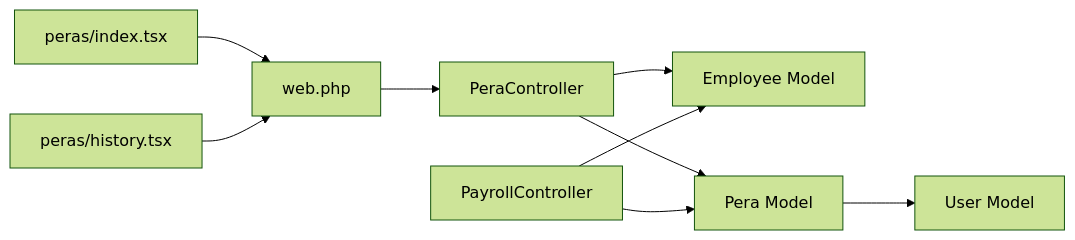
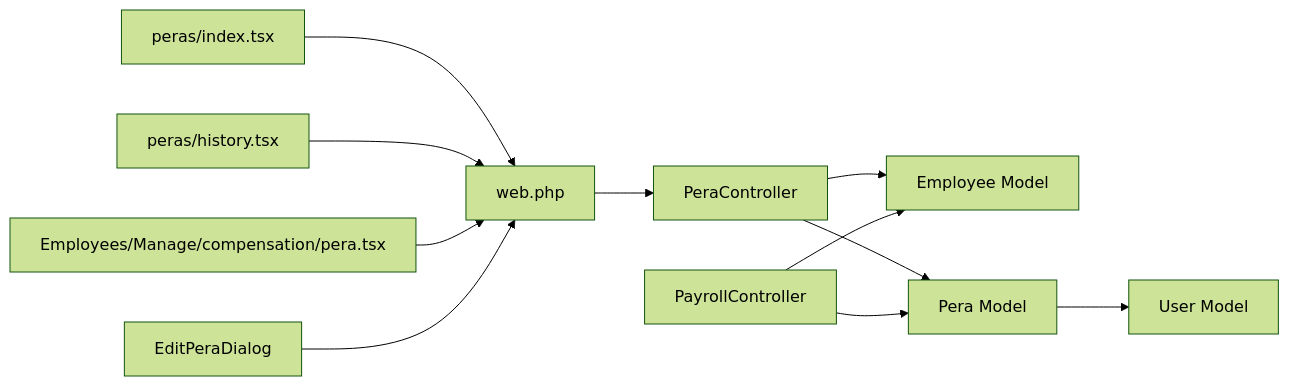
Before and after one commit to vincet0t15/template: the fifth of 5 diagrams in .qoder/repowiki/en/content/API Documentation/Payroll Management API/PERA Contribution API.md, drawn with Mermaid (forest theme). The commit also changed other lines of this file and 11 other files, not shown here.

````diff
--- a/.qoder/repowiki/en/content/API Documentation/Payroll Management API/PERA Contribution API.md
+++ b/.qoder/repowiki/en/content/API Documentation/Payroll Management API/PERA Contribution API.md
@@ -261,11 +310,13 @@
 ```mermaid
 graph LR
 Routes["web.php"] --> PeraController["PeraController"]
 PeraController --> EmployeeModel["Employee Model"]
 PeraController --> PeraModel["Pera Model"]
 PeraModel --> UserModel["User Model"]
 PayrollController["PayrollController"] --> EmployeeModel
 PayrollController --> PeraModel
 FrontendIndex["peras/index.tsx"] --> Routes
 FrontendHistory["peras/history.tsx"] --> Routes
+FrontendCompensation["Employees/Manage/compensation/pera.tsx"] --> Routes
+EditDialog["EditPeraDialog"] --> Routes
 ```
````
